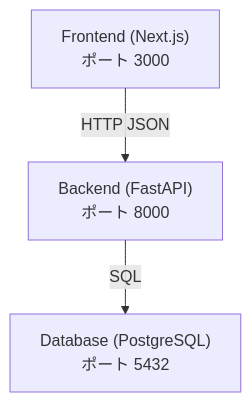
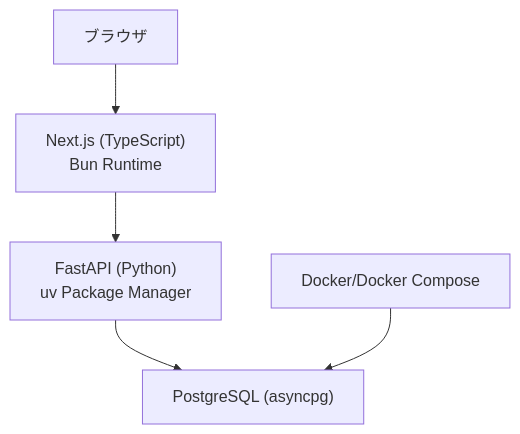
One commit to ss8806/Todos changed the second of 8 diagrams in .qoder/repowiki/ja/content/プロジェクト概要.md. Above: the diagram before and after it, drawn with Mermaid. The commit also changed other lines of this file and 106 other files, not shown here.

````diff
--- a/.qoder/repowiki/ja/content/プロジェクト概要.md
+++ b/.qoder/repowiki/ja/content/プロジェクト概要.md
@@ -104,8 +95,12 @@
 ```mermaid
 graph TB
-FE["Frontend (Next.js)<br/>ポート 3000"]
-BE["Backend (FastAPI)<br/>ポート 8000"]
-DB["Database (PostgreSQL)<br/>ポート 5432"]
-FE --> |"HTTP JSON"| BE
-BE --> |"SQL"| DB
+browser["ブラウザ"]
+nextjs["Next.js (TypeScript)<br/>Bun Runtime"]
+fastapi["FastAPI (Python)<br/>uv Package Manager"]
+db["PostgreSQL (asyncpg)"]
+docker["Docker/Docker Compose"]
+browser --> nextjs
+nextjs --> fastapi
+fastapi --> db
+docker --> db
 ```
````
